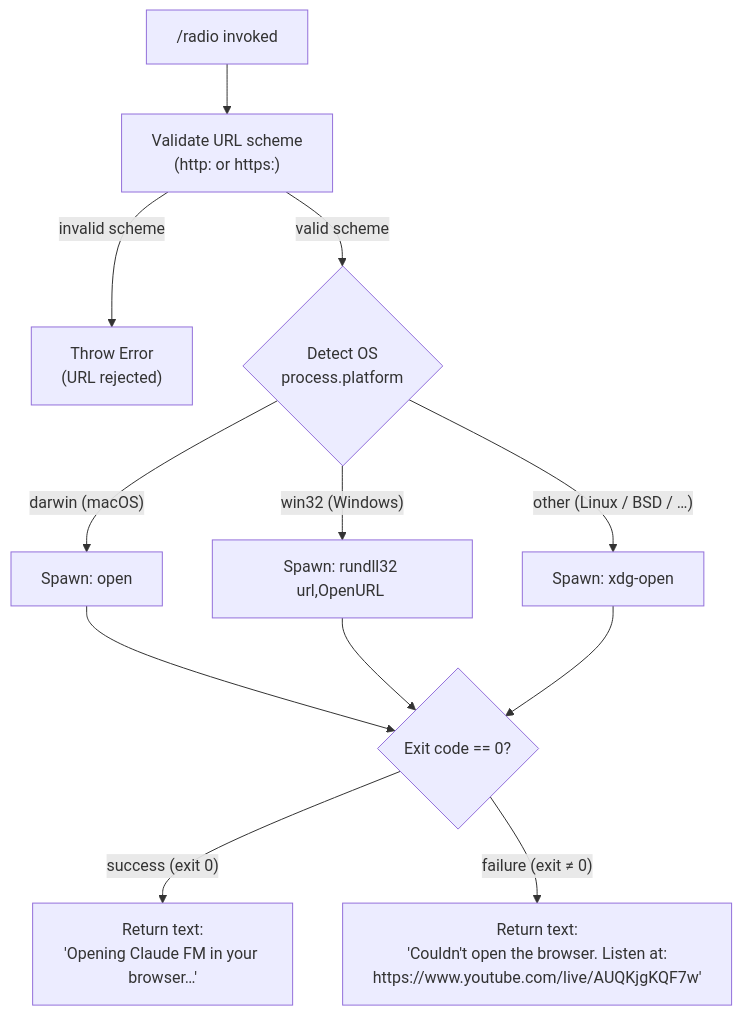
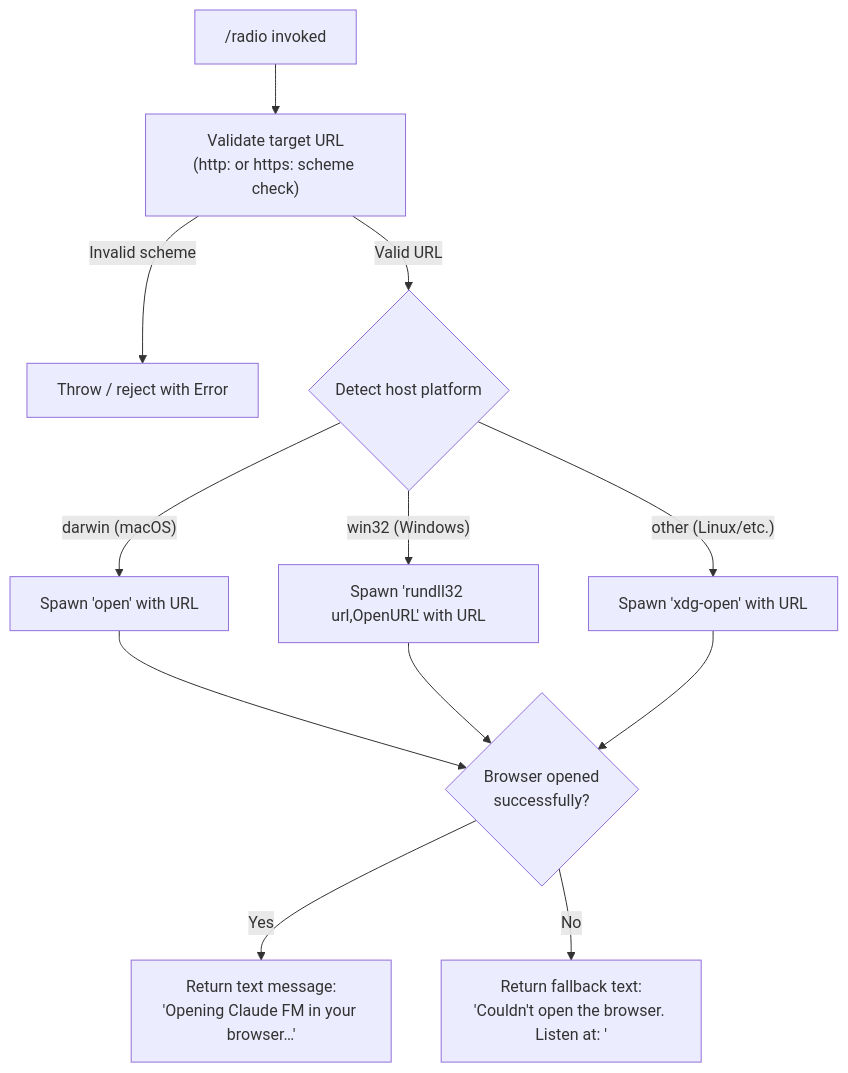
The diagram in versions/v2.1.133/radio.md (MyLittleLuckyDog/cc-gnothi), drawn with Mermaid before and after one commit. The commit also changed other lines of this file and 95 other files, not shown here.

````diff
--- a/versions/v2.1.133/radio.md
+++ b/versions/v2.1.133/radio.md
@@ -46,12 +54,14 @@
 ```mermaid
 flowchart TD
-    A["/radio invoked"] --> B["Validate URL scheme\n(http: or https:)"]
-    B -- "invalid scheme" --> C["Throw Error\n(URL rejected)"]
-    B -- "valid scheme" --> D{"Detect OS\nprocess.platform"}
-    D -- "darwin (macOS)" --> E["Spawn: open <URL>"]
-    D -- "win32 (Windows)" --> F["Spawn: rundll32 url,OpenURL <URL>"]
-    D -- "other (Linux / BSD / …)" --> G["Spawn: xdg-open <URL>"]
-    E & F & G --> H{"Exit code == 0?"}
-    H -- "success (exit 0)" --> I["Return text:\n'Opening Claude FM in your browser…'"]
-    H -- "failure (exit ≠ 0)" --> J["Return text:\n'Couldn't open the browser. Listen at:\nhttps://www.youtube.com/live/AUQKjgKQF7w'"]
+    A["/radio invoked"] --> B["Validate target URL\n(http: or https: scheme check)"]
+    B -- "Invalid scheme" --> C["Throw / reject with Error"]
+    B -- "Valid URL" --> D{"Detect host platform"}
+    D -- "darwin (macOS)" --> E["Spawn 'open' with URL"]
+    D -- "win32 (Windows)" --> F["Spawn 'rundll32 url,OpenURL' with URL"]
+    D -- "other (Linux/etc.)" --> G["Spawn 'xdg-open' with URL"]
+    E --> H{"Browser opened\nsuccessfully?"}
+    F --> H
+    G --> H
+    H -- "Yes" --> I["Return text message:\n'Opening Claude FM in your browser…'"]
+    H -- "No" --> J["Return fallback text:\n'Couldn't open the browser. Listen at: <URL>'"]
 ```
````
